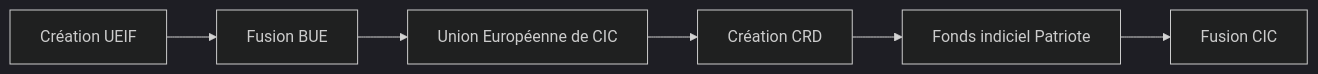
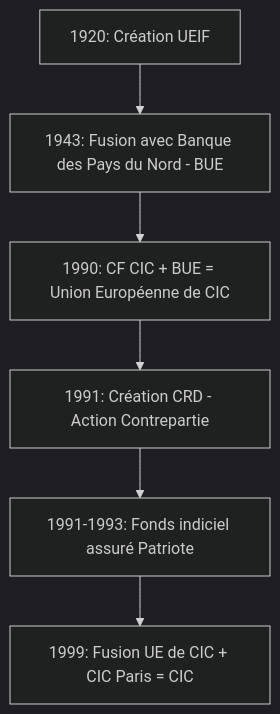
The second of 3 diagrams in README.md (emergix/BUE_Capindice), drawn with Mermaid (dark theme) before and after one commit.

````diff
--- a/README.md
+++ b/README.md
@@ -214,11 +214,14 @@
 ```mermaid
-graph LR
-    1920 --> 1943 --> 1990 --> 1991 --> 1993 --> 1999
-    
-    1920[Création UEIF]
-    1943[Fusion BUE]
-    1990[Union Européenne de CIC]
-    1991[Création CRD]
-    1993[Fonds indiciel Patriote]
-    1999[Fusion CIC]
+graph TB
+    1920[1920: Création UEIF]
+    1920 --> 1943
+    1943[1943: Fusion avec Banque des Pays du Nord - BUE]
+    1943 --> 1990
+    1990[1990: CF CIC + BUE = Union Européenne de CIC]
+    1990 --> 1991
+    1991[1991: Création CRD - Action Contrepartie]
+    1991 --> 1993
+    1993[1991-1993: Fonds indiciel assuré Patriote]
+    1993 --> 1999
+    1999[1999: Fusion UE de CIC + CIC Paris = CIC]
 ```
````
